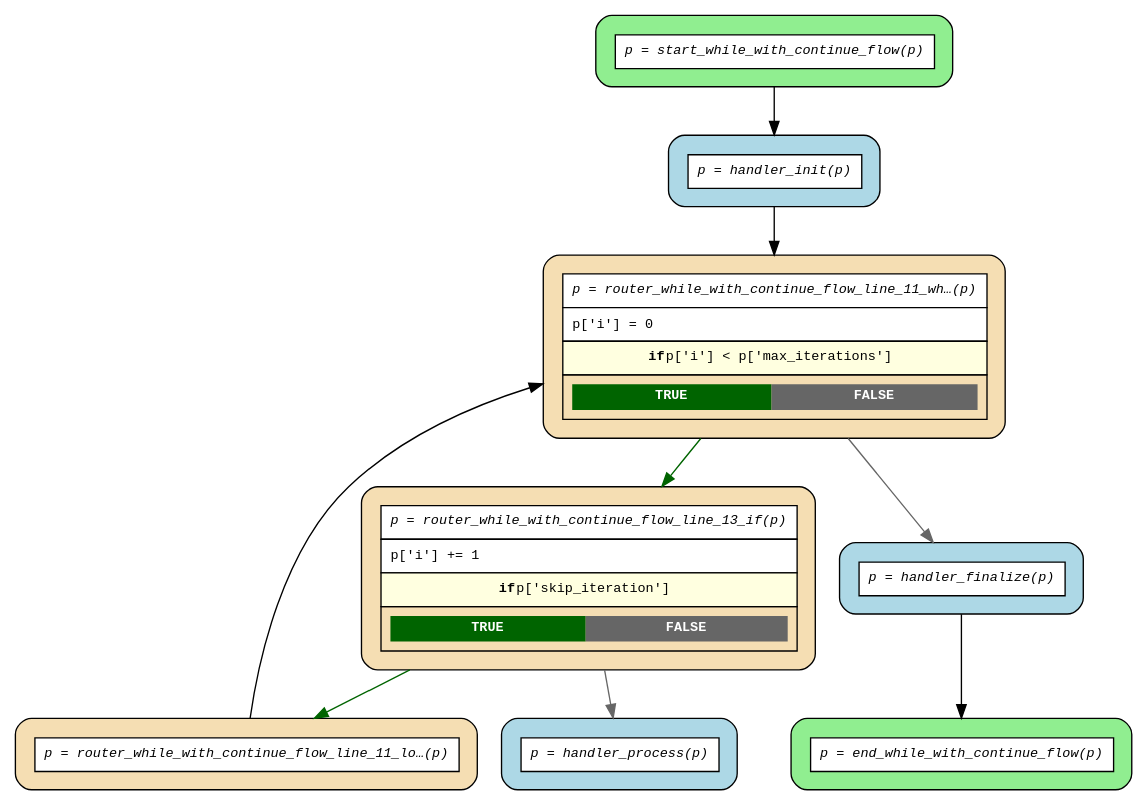
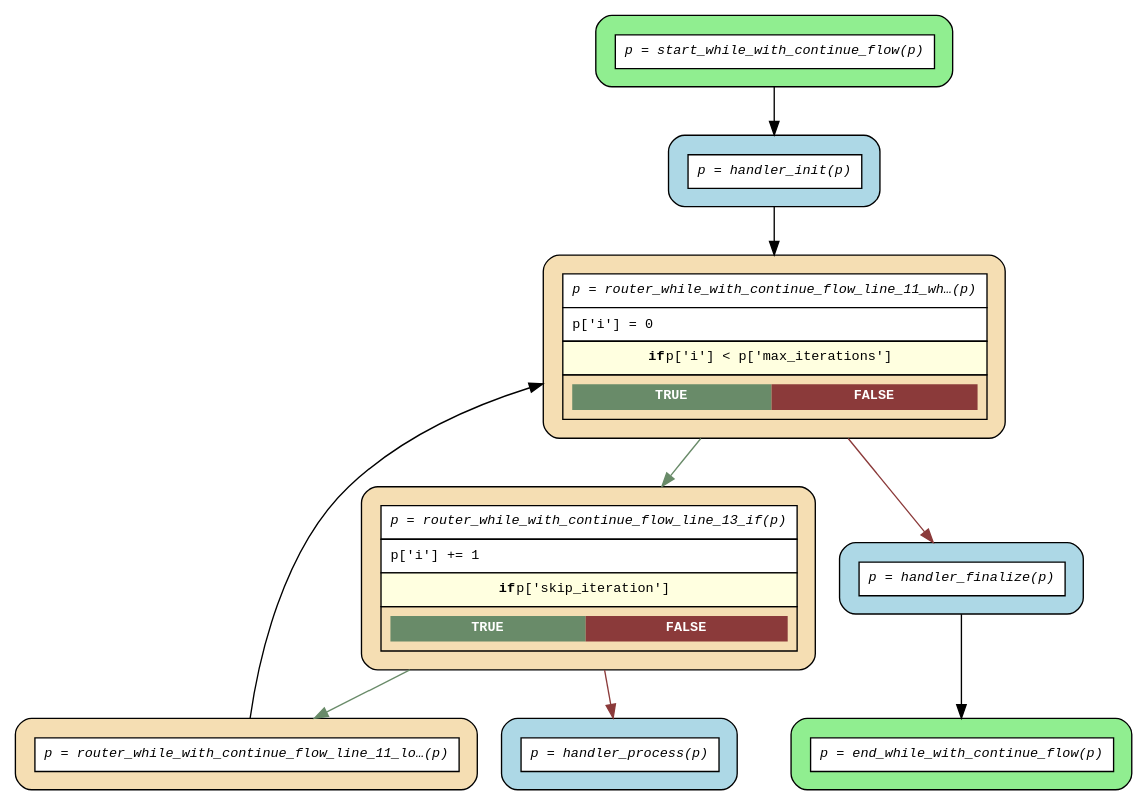
Before and after one commit to deliveryhero/asya: the diagram in examples/flows/compiled/while_with_continue/flow.dot, drawn with Graphviz. The commit also changed 59 other files, not shown here.

```diff
--- a/examples/flows/compiled/while_with_continue/flow.dot
+++ b/examples/flows/compiled/while_with_continue/flow.dot
@@ -1,24 +1,24 @@
 digraph flow {
   rankdir=TB;
   graph [fontname="Courier", fontsize=10];
   node [fontname="Courier", fontsize=10, shape=box, style="filled,rounded", margin="0.2"];
   edge [fontname="Courier", fontsize=10];
 
   start_while_with_continue_flow [fillcolor="lightgreen", label=<<table border="0" cellspacing="0" cellpadding="6" cellborder="1"><tr><td bgcolor="white" align="center"><i>p = start_while_with_continue_flow(p)</i></td></tr></table>>];
-  router_while_with_continue_flow_line_13_if [fillcolor="wheat", label=<<table border="0" cellspacing="0" cellpadding="6" cellborder="1"><tr><td bgcolor="white" align="center"><i>p = router_while_with_continue_flow_line_13_if(p)</i></td></tr><tr><td bgcolor="white" align="left">p['i'] += 1</td></tr><tr><td bgcolor="lightyellow"><b>if</b> p['skip_iteration']</td></tr><tr><td><table border="0" cellspacing="0" cellpadding="4"><tr><td bgcolor="darkgreen"><font color="white"><b>TRUE</b></font></td><td bgcolor="gray40"><font color="white"><b>FALSE</b></font></td></tr></table></td></tr></table>>];
+  router_while_with_continue_flow_line_13_if [fillcolor="wheat", label=<<table border="0" cellspacing="0" cellpadding="6" cellborder="1"><tr><td bgcolor="white" align="center"><i>p = router_while_with_continue_flow_line_13_if(p)</i></td></tr><tr><td bgcolor="white" align="left">p['i'] += 1</td></tr><tr><td bgcolor="lightyellow"><b>if</b> p['skip_iteration']</td></tr><tr><td><table border="0" cellspacing="0" cellpadding="4"><tr><td bgcolor="darkseagreen4"><font color="white"><b>TRUE</b></font></td><td bgcolor="indianred4"><font color="white"><b>FALSE</b></font></td></tr></table></td></tr></table>>];
   router_while_with_continue_flow_line_11_loop_back_0 [fillcolor="wheat", label=<<table border="0" cellspacing="0" cellpadding="6" cellborder="1"><tr><td bgcolor="white" align="center"><i>p = router_while_with_continue_flow_line_11_lo…(p)</i></td></tr></table>>];
-  router_while_with_continue_flow_line_11_while_0 [fillcolor="wheat", label=<<table border="0" cellspacing="0" cellpadding="6" cellborder="1"><tr><td bgcolor="white" align="center"><i>p = router_while_with_continue_flow_line_11_wh…(p)</i></td></tr><tr><td bgcolor="white" align="left">p['i'] = 0</td></tr><tr><td bgcolor="lightyellow"><b>if</b> p['i'] &lt; p['max_iterations']</td></tr><tr><td><table border="0" cellspacing="0" cellpadding="4"><tr><td bgcolor="darkgreen"><font color="white"><b>TRUE</b></font></td><td bgcolor="gray40"><font color="white"><b>FALSE</b></font></td></tr></table></td></tr></table>>];
+  router_while_with_continue_flow_line_11_while_0 [fillcolor="wheat", label=<<table border="0" cellspacing="0" cellpadding="6" cellborder="1"><tr><td bgcolor="white" align="center"><i>p = router_while_with_continue_flow_line_11_wh…(p)</i></td></tr><tr><td bgcolor="white" align="left">p['i'] = 0</td></tr><tr><td bgcolor="lightyellow"><b>if</b> p['i'] &lt; p['max_iterations']</td></tr><tr><td><table border="0" cellspacing="0" cellpadding="4"><tr><td bgcolor="darkseagreen4"><font color="white"><b>TRUE</b></font></td><td bgcolor="indianred4"><font color="white"><b>FALSE</b></font></td></tr></table></td></tr></table>>];
   end_while_with_continue_flow [fillcolor="lightgreen", label=<<table border="0" cellspacing="0" cellpadding="6" cellborder="1"><tr><td bgcolor="white" align="center"><i>p = end_while_with_continue_flow(p)</i></td></tr></table>>];
   handler_finalize [fillcolor="lightblue", label=<<table border="0" cellspacing="0" cellpadding="6" cellborder="1"><tr><td bgcolor="white" align="center"><i>p = handler_finalize(p)</i></td></tr></table>>];
   handler_init [fillcolor="lightblue", label=<<table border="0" cellspacing="0" cellpadding="6" cellborder="1"><tr><td bgcolor="white" align="center"><i>p = handler_init(p)</i></td></tr></table>>];
   handler_process [fillcolor="lightblue", label=<<table border="0" cellspacing="0" cellpadding="6" cellborder="1"><tr><td bgcolor="white" align="center"><i>p = handler_process(p)</i></td></tr></table>>];
 
   handler_finalize -> end_while_with_continue_flow;
   handler_init -> router_while_with_continue_flow_line_11_while_0;
   router_while_with_continue_flow_line_11_loop_back_0 -> router_while_with_continue_flow_line_11_while_0 [constraint=false];
-  router_while_with_continue_flow_line_11_while_0 -> handler_finalize [color=gray40];
-  router_while_with_continue_flow_line_11_while_0 -> router_while_with_continue_flow_line_13_if [color=darkgreen];
-  router_while_with_continue_flow_line_13_if -> handler_process [color=gray40];
-  router_while_with_continue_flow_line_13_if -> router_while_with_continue_flow_line_11_loop_back_0 [color=darkgreen];
+  router_while_with_continue_flow_line_11_while_0 -> handler_finalize [color=indianred4];
+  router_while_with_continue_flow_line_11_while_0 -> router_while_with_continue_flow_line_13_if [color=darkseagreen4];
+  router_while_with_continue_flow_line_13_if -> handler_process [color=indianred4];
+  router_while_with_continue_flow_line_13_if -> router_while_with_continue_flow_line_11_loop_back_0 [color=darkseagreen4];
   start_while_with_continue_flow -> handler_init;
 }
```
